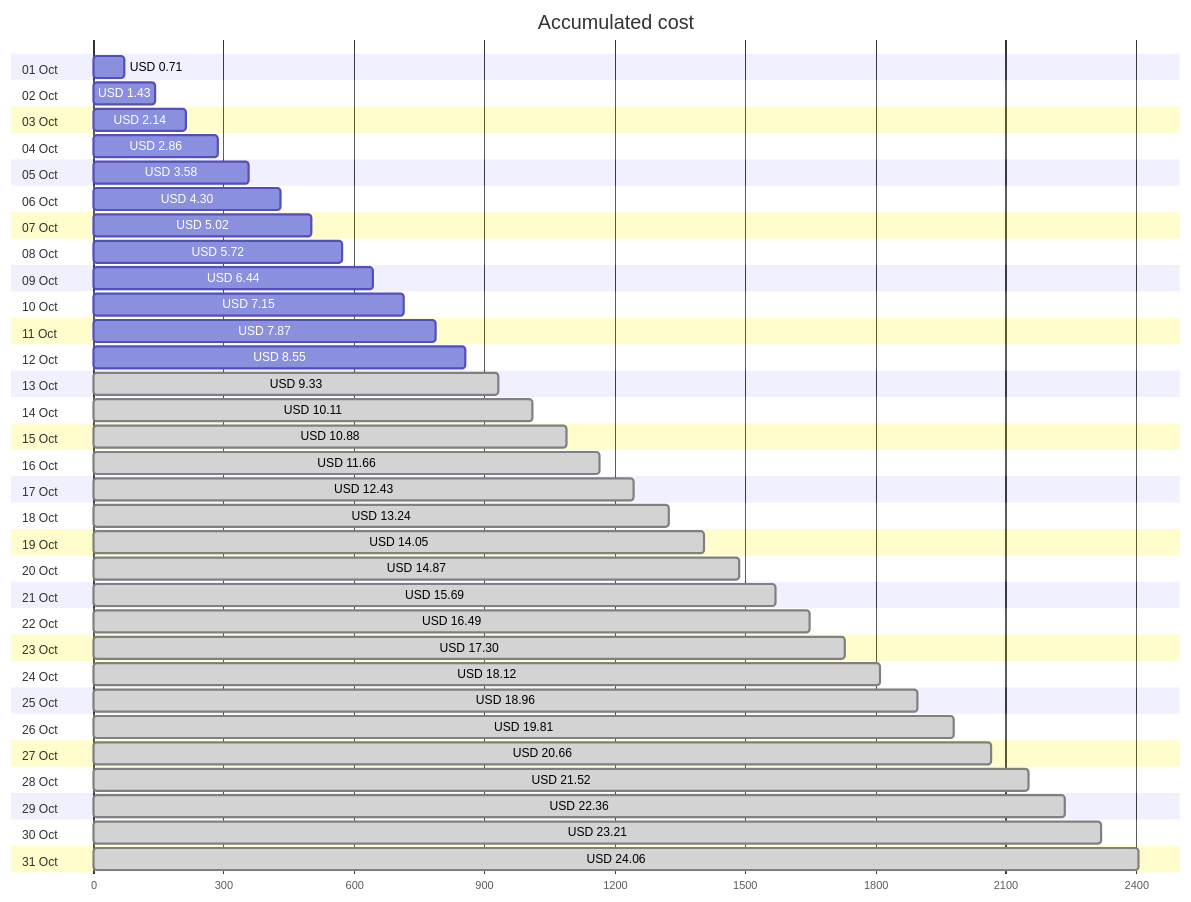
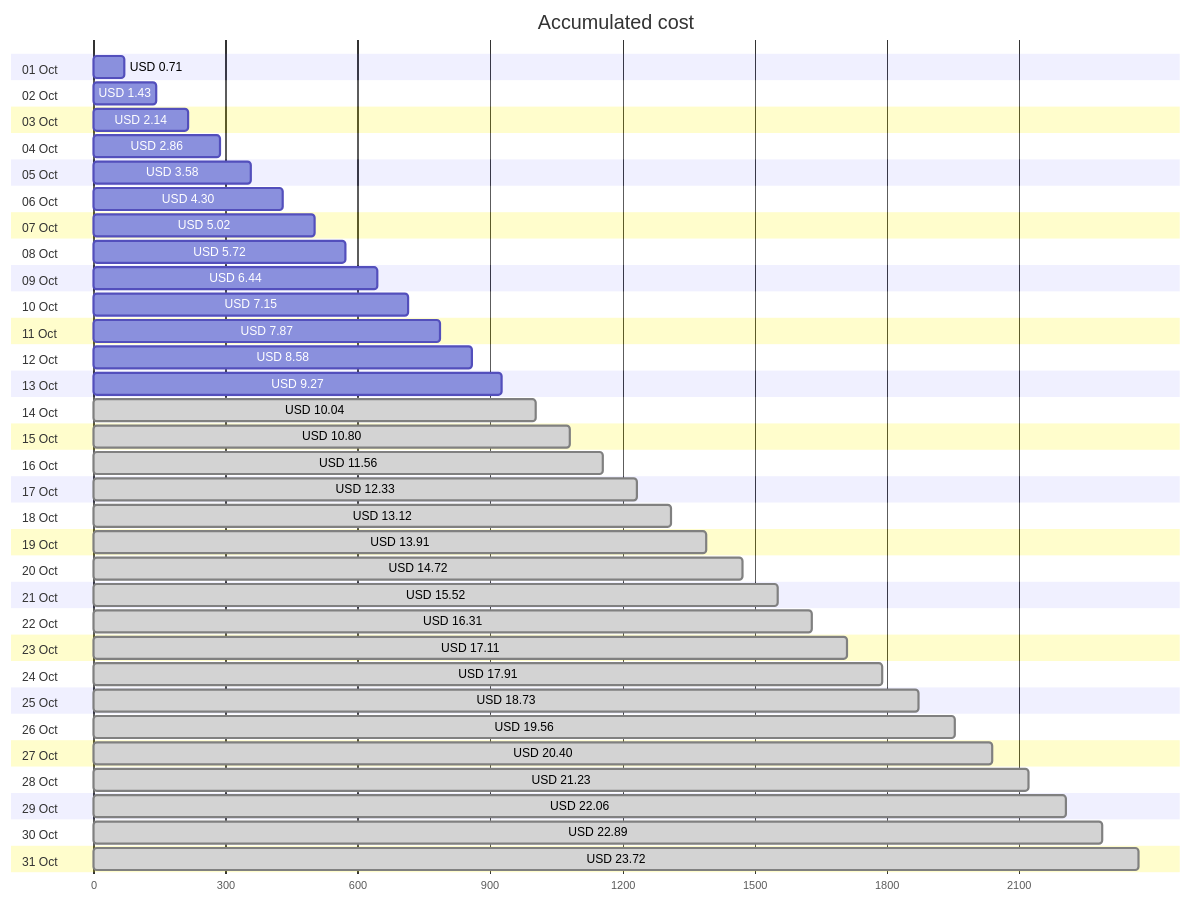
One commit to jpfulton/azure-personal-reports changed the first of 4 diagrams in cost-reports/personal-network/backup-server-data-disk.md. Above: the diagram before and after it, drawn with Mermaid. The commit also changed other lines of this file and 8 other files, not shown here.

````diff
--- a/cost-reports/personal-network/backup-server-data-disk.md
+++ b/cost-reports/personal-network/backup-server-data-disk.md
@@ -20,68 +20,68 @@
 ```mermaid
 gantt
    title Accumulated cost
    dateFormat  X
    axisFormat %s
    section 01 Oct
    USD 0.71 :0, 71
    section 02 Oct
    USD 1.43 :0, 143
    section 03 Oct
    USD 2.14 :0, 214
    section 04 Oct
    USD 2.86 :0, 286
    section 05 Oct
    USD 3.58 :0, 358
    section 06 Oct
    USD 4.30 :0, 430
    section 07 Oct
    USD 5.02 :0, 502
    section 08 Oct
    USD 5.72 :0, 572
    section 09 Oct
    USD 6.44 :0, 644
    section 10 Oct
    USD 7.15 :0, 715
    section 11 Oct
    USD 7.87 :0, 787
    section 12 Oct
-   USD 8.55 :0, 855
+   USD 8.58 :0, 858
    section 13 Oct
-   USD 9.33 : done, 0, 933
+   USD 9.27 :0, 927
    section 14 Oct
-   USD 10.11 : done, 0, 1011
+   USD 10.04 : done, 0, 1004
    section 15 Oct
-   USD 10.88 : done, 0, 1088
+   USD 10.80 : done, 0, 1080
    section 16 Oct
-   USD 11.66 : done, 0, 1166
+   USD 11.56 : done, 0, 1156
    section 17 Oct
-   USD 12.43 : done, 0, 1243
+   USD 12.33 : done, 0, 1233
    section 18 Oct
-   USD 13.24 : done, 0, 1324
+   USD 13.12 : done, 0, 1312
    section 19 Oct
-   USD 14.05 : done, 0, 1405
+   USD 13.91 : done, 0, 1391
    section 20 Oct
-   USD 14.87 : done, 0, 1487
+   USD 14.72 : done, 0, 1472
    section 21 Oct
-   USD 15.69 : done, 0, 1569
+   USD 15.52 : done, 0, 1552
    section 22 Oct
-   USD 16.49 : done, 0, 1649
+   USD 16.31 : done, 0, 1631
    section 23 Oct
-   USD 17.30 : done, 0, 1730
+   USD 17.11 : done, 0, 1711
    section 24 Oct
-   USD 18.12 : done, 0, 1812
+   USD 17.91 : done, 0, 1791
    section 25 Oct
-   USD 18.96 : done, 0, 1896
+   USD 18.73 : done, 0, 1873
    section 26 Oct
-   USD 19.81 : done, 0, 1981
+   USD 19.56 : done, 0, 1956
    section 27 Oct
-   USD 20.66 : done, 0, 2066
+   USD 20.40 : done, 0, 2040
    section 28 Oct
-   USD 21.52 : done, 0, 2152
+   USD 21.23 : done, 0, 2123
    section 29 Oct
-   USD 22.36 : done, 0, 2236
+   USD 22.06 : done, 0, 2206
    section 30 Oct
-   USD 23.21 : done, 0, 2321
+   USD 22.89 : done, 0, 2289
    section 31 Oct
-   USD 24.06 : done, 0, 2406
+   USD 23.72 : done, 0, 2372
 ```
````
